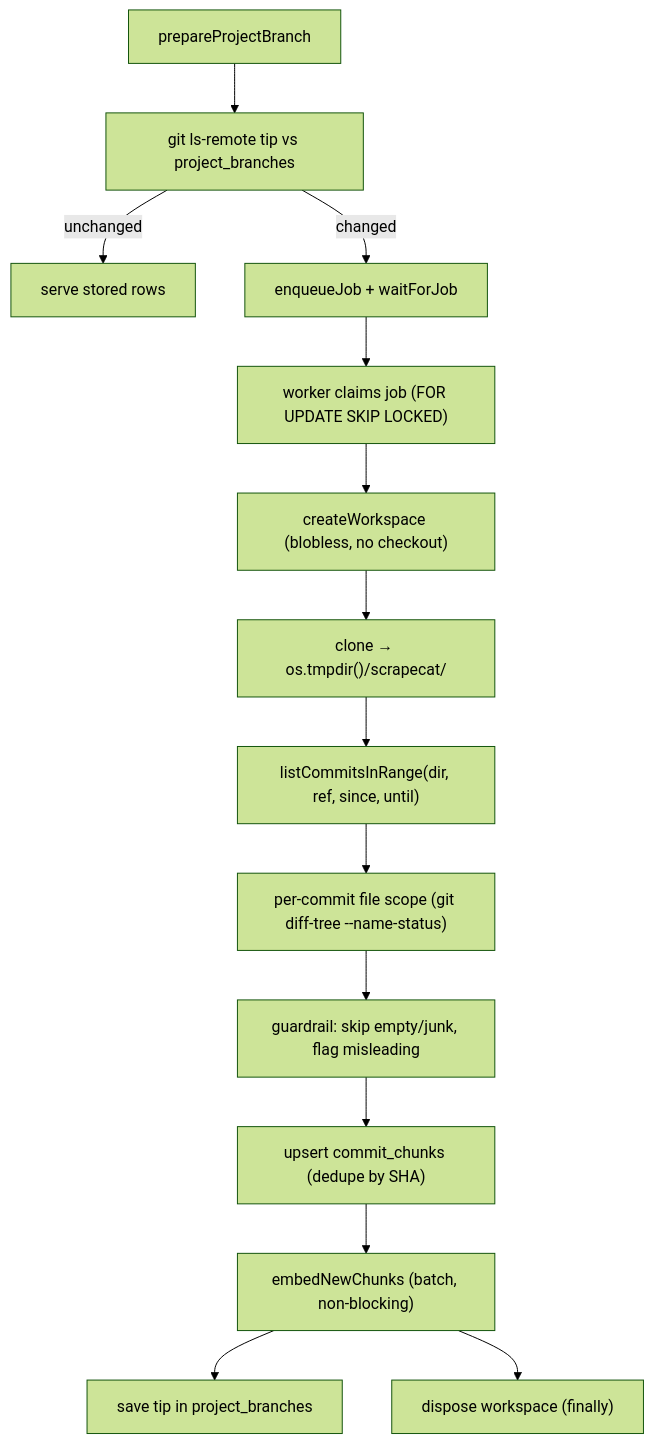
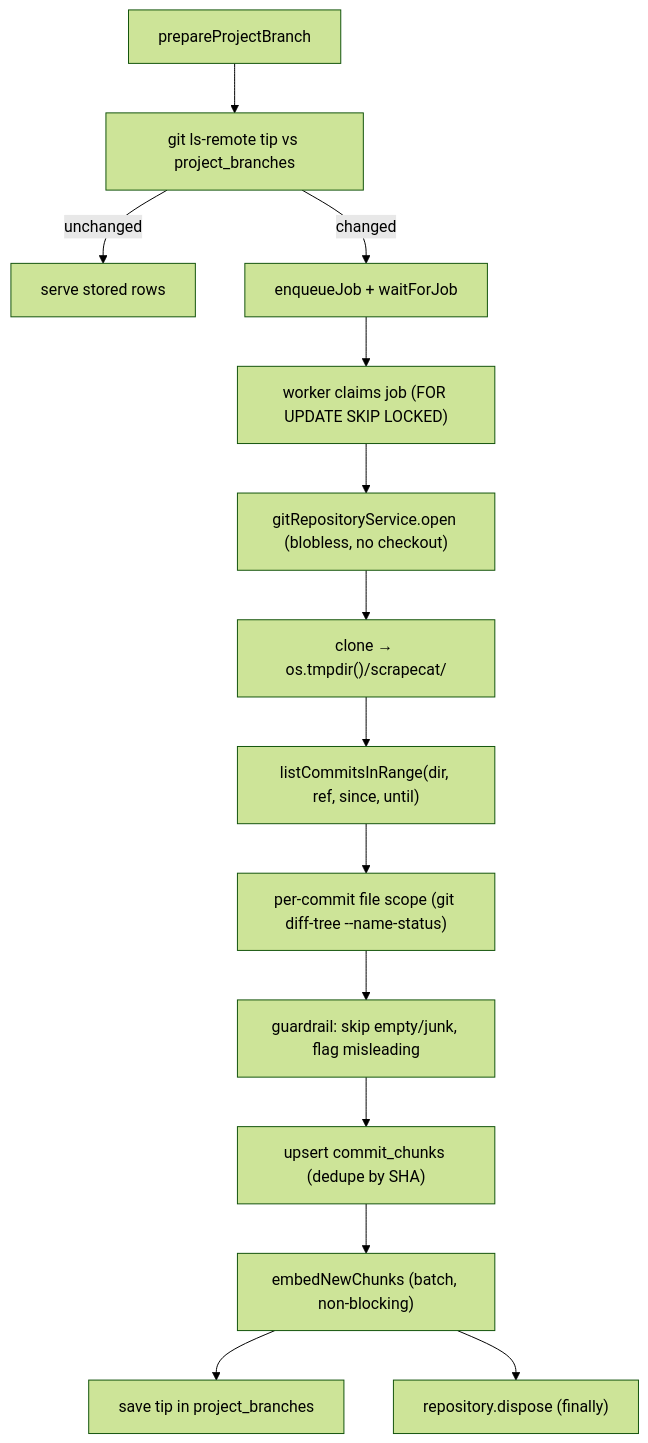
The fourth of 5 diagrams in docs/architecture.md (franciscoluna-28/Scrapecat), drawn with Mermaid (forest theme) before and after one commit. The commit also changed 10 other files, not shown here.

First line of the commit message:
refactor: move git pipeline behind a repository service

````diff
--- a/docs/architecture.md
+++ b/docs/architecture.md
@@ -130,16 +130,16 @@
 ```mermaid
 flowchart TD
     P["prepareProjectBranch"] --> T["git ls-remote tip vs project_branches"]
     T -->|unchanged| C["serve stored rows"]
     T -->|changed| Q["enqueueJob + waitForJob"]
     Q --> W["worker claims job (FOR UPDATE SKIP LOCKED)"]
-    W --> E["createWorkspace (blobless, no checkout)"]
+    W --> E["gitRepositoryService.open (blobless, no checkout)"]
     E --> G["clone → os.tmpdir()/scrapecat/<uuid>"]
     G --> R["listCommitsInRange(dir, ref, since, until)"]
     R --> S["per-commit file scope (git diff-tree --name-status)"]
     S --> CL["guardrail: skip empty/junk, flag misleading"]
     CL --> U["upsert commit_chunks (dedupe by SHA)"]
     U --> EM["embedNewChunks (batch, non-blocking)"]
     EM --> ST["save tip in project_branches"]
-    EM --> D["dispose workspace (finally)"]
+    EM --> D["repository.dispose (finally)"]
 ```
````
